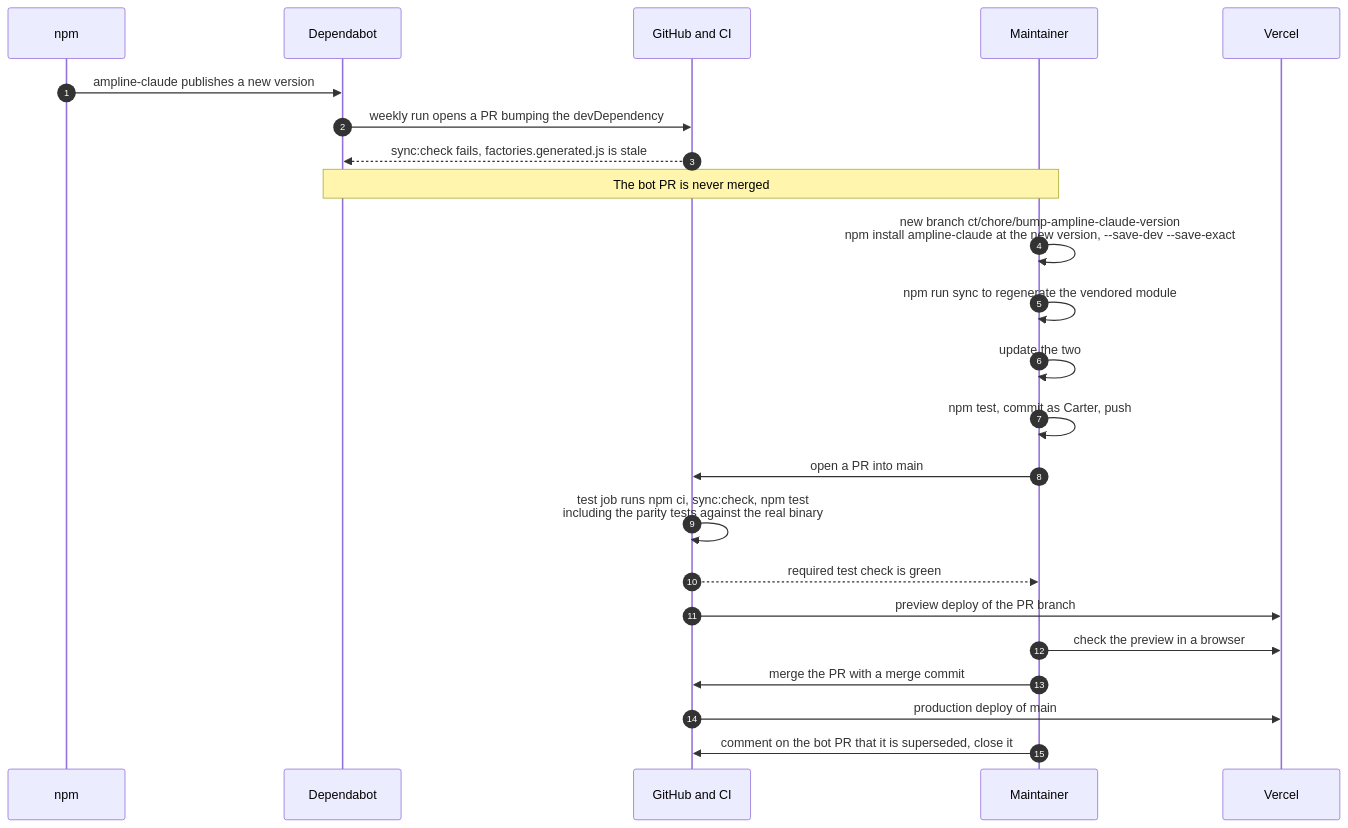
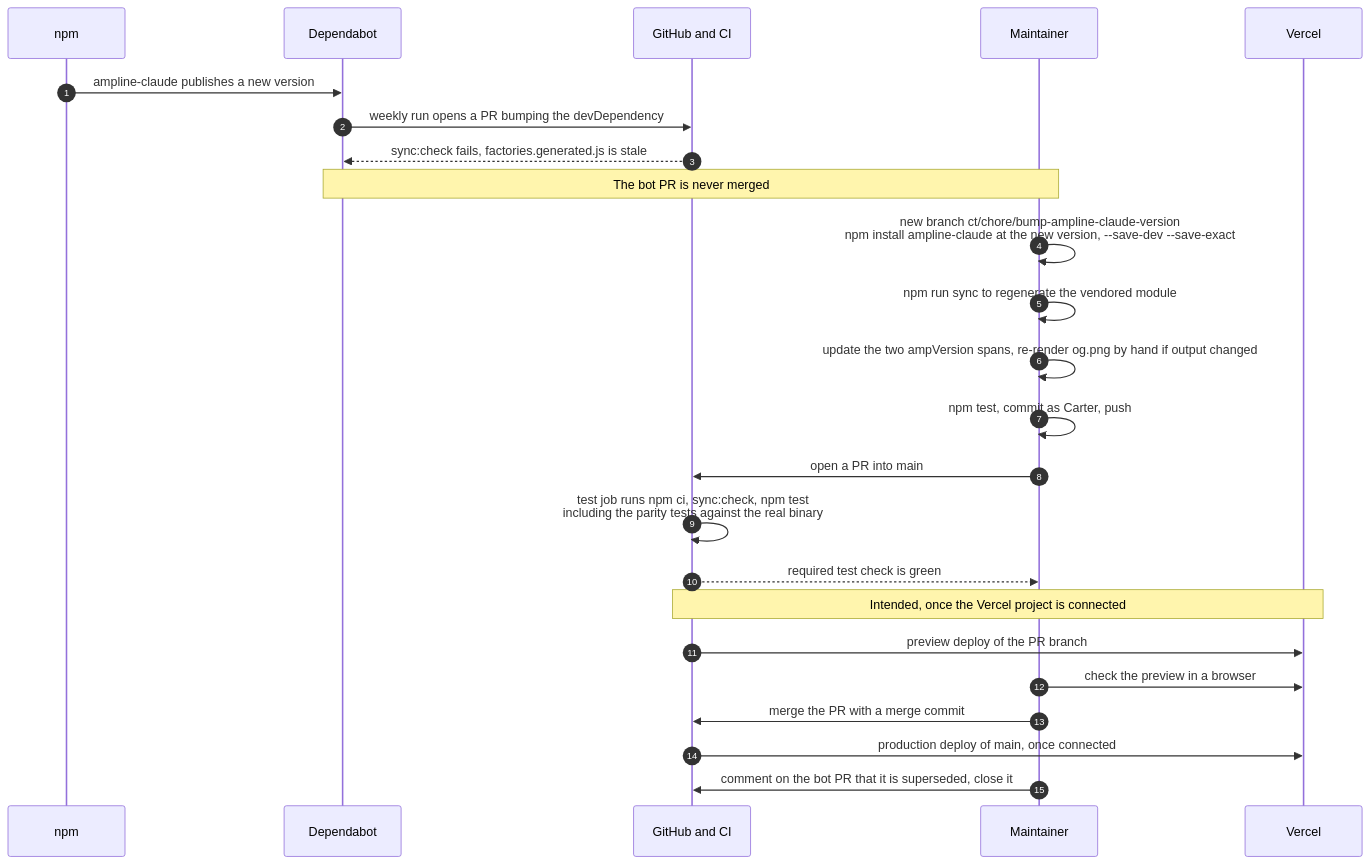
One commit to carterptull/ampline-website changed the diagram in diagrams/release-sync.md. Above: the diagram before and after it, drawn with Mermaid. The commit also changed other lines of this file and 4 other files, not shown here.

Commit message:
docs: diagram accuracy fixes

````diff
--- a/diagrams/release-sync.md
+++ b/diagrams/release-sync.md
@@ -10,26 +12,27 @@
 ```mermaid
 sequenceDiagram
     autonumber
     participant NPM as npm
     participant DEP as Dependabot
     participant GH as GitHub and CI
     participant ME as Maintainer
     participant VER as Vercel
 
     NPM->>DEP: ampline-claude publishes a new version
     DEP->>GH: weekly run opens a PR bumping the devDependency
     GH-->>DEP: sync:check fails, factories.generated.js is stale
     Note over DEP,ME: The bot PR is never merged
     ME->>ME: new branch ct/chore/bump-ampline-claude-version<br/>npm install ampline-claude at the new version, --save-dev --save-exact
     ME->>ME: npm run sync to regenerate the vendored module
-    ME->>ME: update the two #ampVersion spans, re-render og.png by hand if output changed
+    ME->>ME: update the two ampVersion spans, re-render og.png by hand if output changed
     ME->>ME: npm test, commit as Carter, push
     ME->>GH: open a PR into main
     GH->>GH: test job runs npm ci, sync:check, npm test<br/>including the parity tests against the real binary
     GH-->>ME: required test check is green
+    Note over GH,VER: Intended, once the Vercel project is connected
     GH->>VER: preview deploy of the PR branch
     ME->>VER: check the preview in a browser
     ME->>GH: merge the PR with a merge commit
-    GH->>VER: production deploy of main
+    GH->>VER: production deploy of main, once connected
     ME->>GH: comment on the bot PR that it is superseded, close it
 ```
````
